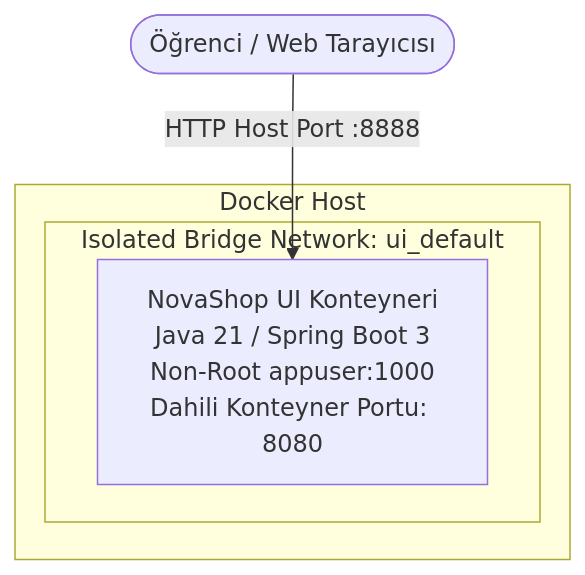
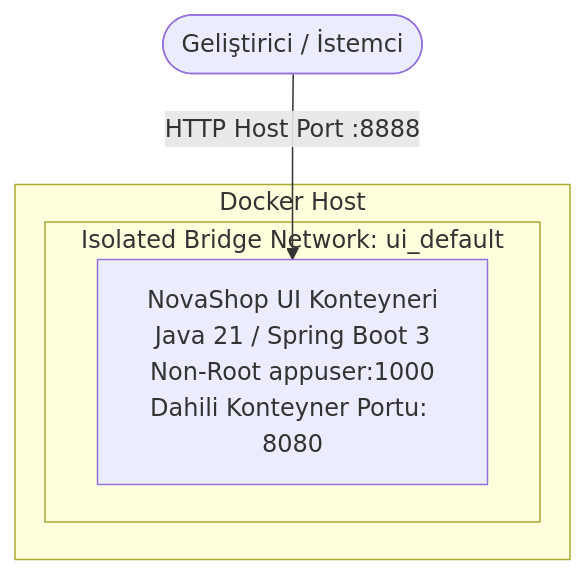
Before and after one commit to devopsatolyesi-labs/novashop: the diagram in labs/LAB-03/README.md, drawn with Mermaid. The commit also changed 13 other files, not shown here.

````diff
--- a/labs/LAB-03/README.md
+++ b/labs/LAB-03/README.md
@@ -32,10 +32,10 @@
 ```mermaid
 graph TD
-    Developer([Öğrenci / Web Tarayıcısı]) -->|HTTP Host Port :8888| UI_Container[NovaShop UI Konteyneri<br/>Java 21 / Spring Boot 3<br/>Non-Root appuser:1000<br/>Dahili Konteyner Portu: 8080]
+    Developer([Geliştirici / İstemci]) -->|HTTP Host Port :8888| UI_Container[NovaShop UI Konteyneri<br/>Java 21 / Spring Boot 3<br/>Non-Root appuser:1000<br/>Dahili Konteyner Portu: 8080]
 
     subgraph Docker Host
         subgraph Isolated Bridge Network: ui_default
             UI_Container
         end
     end
 ```
````
